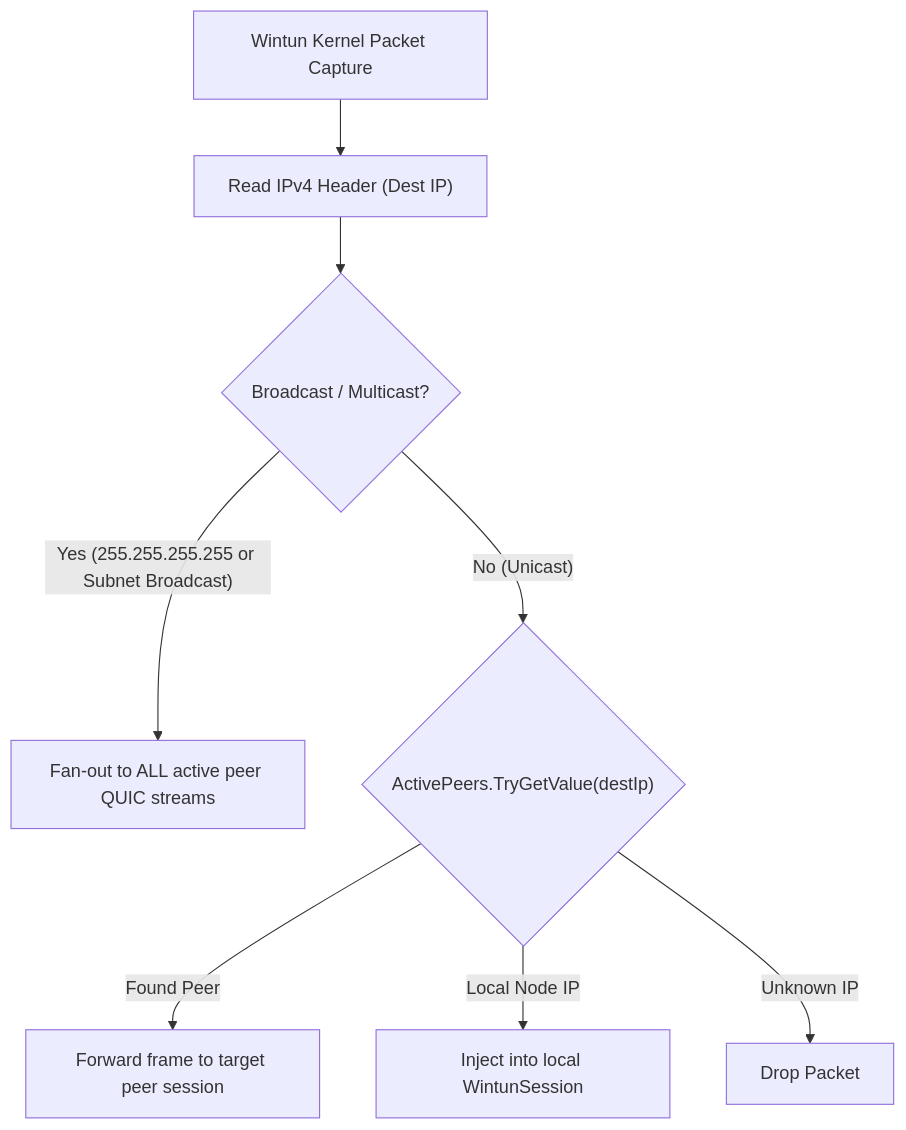
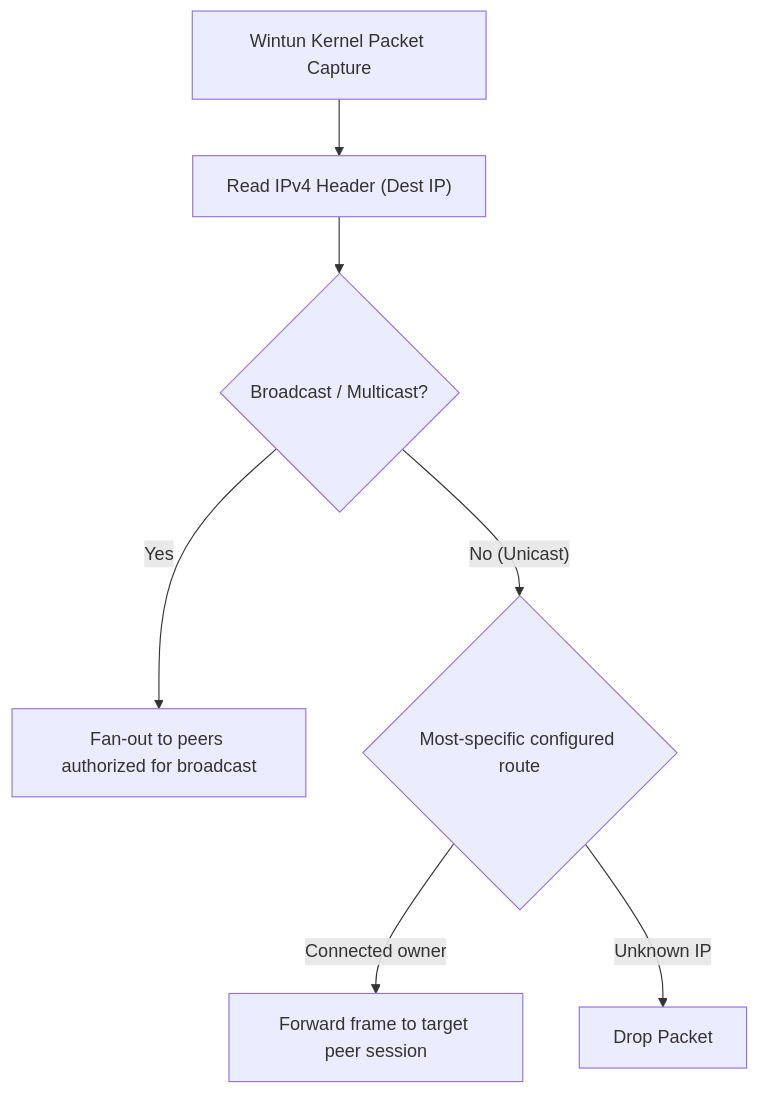
One commit to Mrgaton/QuicPunch changed the diagram in doc/protocols/virtual-lan-protocol.md. Above: the diagram before and after it, drawn with Mermaid. The commit also changed other lines of this file and 1036 other files, not shown here.

````diff
--- a/doc/protocols/virtual-lan-protocol.md
+++ b/doc/protocols/virtual-lan-protocol.md
@@ -41,12 +41,11 @@
 ```mermaid
 flowchart TD
     Capture["Wintun Kernel Packet Capture"] --> Header["Read IPv4 Header (Dest IP)"]
     Header --> TypeCheck{"Broadcast / Multicast?"}
     
-    TypeCheck -- "Yes (255.255.255.255 or Subnet Broadcast)" --> Broadcast["Fan-out to ALL active peer QUIC streams"]
-    TypeCheck -- "No (Unicast)" --> Lookup{"ActivePeers.TryGetValue(destIp)"}
+    TypeCheck -- "Yes" --> Broadcast["Fan-out to peers authorized for broadcast"]
+    TypeCheck -- "No (Unicast)" --> Lookup{"Most-specific configured route"}
     
-    Lookup -- "Found Peer" --> Forward["Forward frame to target peer session"]
-    Lookup -- "Local Node IP" --> Loopback["Inject into local WintunSession"]
+    Lookup -- "Connected owner" --> Forward["Forward frame to target peer session"]
     Lookup -- "Unknown IP" --> Drop["Drop Packet"]
 ```
````
